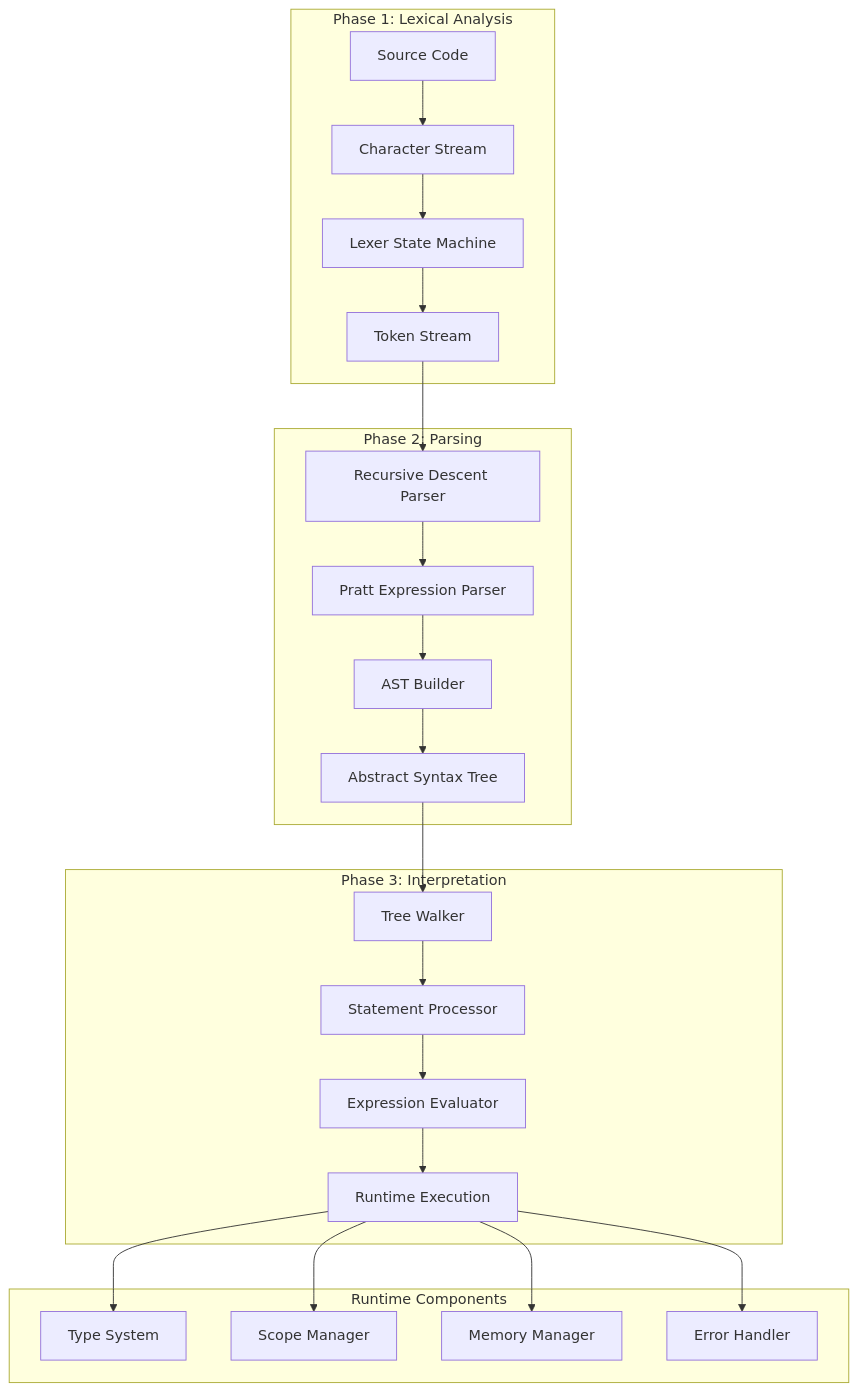
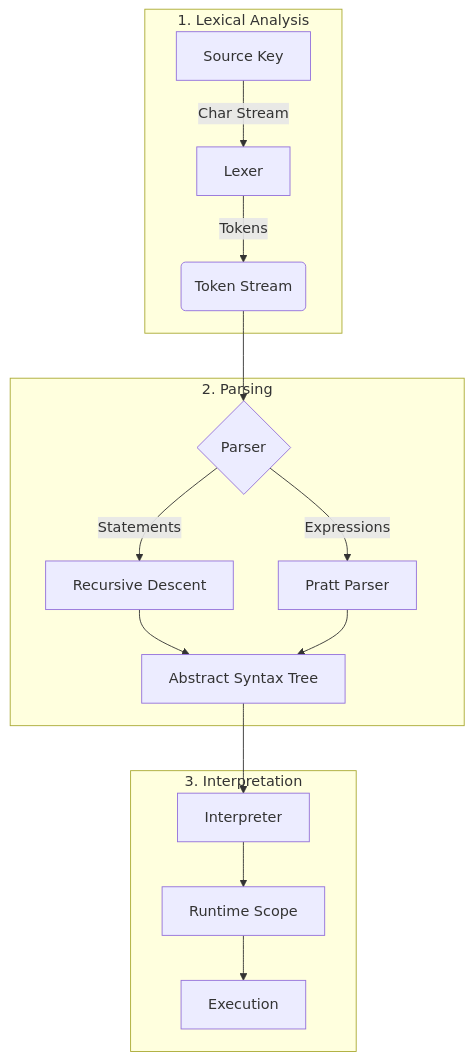
One commit to Kukupie123/KukuLang-v2 changed the diagram in DesignDocumentation.md. Above: the diagram before and after it, drawn with Mermaid. The commit also changed other lines of this file, not shown here.

Commit message:
docs: Remove extensive technical implementation details and diagrams from DesignDocumentation.md.

````diff
--- a/DesignDocumentation.md
+++ b/DesignDocumentation.md
@@ -64,34 +36,20 @@
 ```mermaid
 flowchart TB
-    subgraph "Phase 1: Lexical Analysis"
-        A[Source Code] --> B[Character Stream]
-        B --> C[Lexer State Machine]
-        C --> D[Token Stream]
+    subgraph "1. Lexical Analysis"
+        A[Source Key] -->|Char Stream| B[Lexer]
+        B -->|Tokens| C(Token Stream)
     end
     
-    subgraph "Phase 2: Parsing"
-        D --> E[Recursive Descent Parser]
-        E --> F[Pratt Expression Parser]
-        F --> G[AST Builder]
-        G --> H[Abstract Syntax Tree]
+    subgraph "2. Parsing"
+        C --> D{Parser}
+        D -->|Statements| E[Recursive Descent]
+        D -->|Expressions| F[Pratt Parser]
+        E & F --> G[Abstract Syntax Tree]
     end
     
-    subgraph "Phase 3: Interpretation"
-        H --> I[Tree Walker]
-        I --> J[Statement Processor]
-        J --> K[Expression Evaluator]
-        K --> L[Runtime Execution]
+    subgraph "3. Interpretation"
+        G --> H[Interpreter]
+        H --> I[Runtime Scope]
+        I --> J[Execution]
     end
-    
-    subgraph "Runtime Components"
-        M[Type System]
-        N[Scope Manager]
-        O[Memory Manager]
-        P[Error Handler]
-    end
-    
-    L --> M
-    L --> N
-    L --> O
-    L --> P
 ```
````
